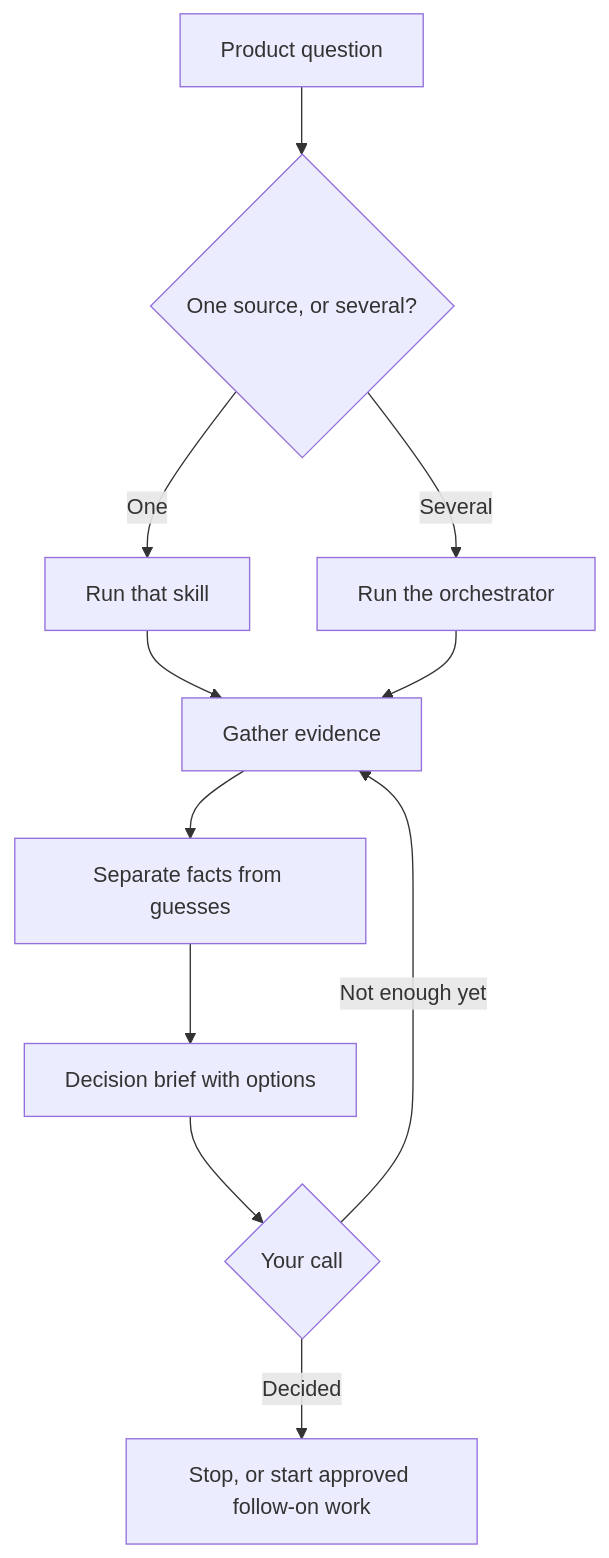
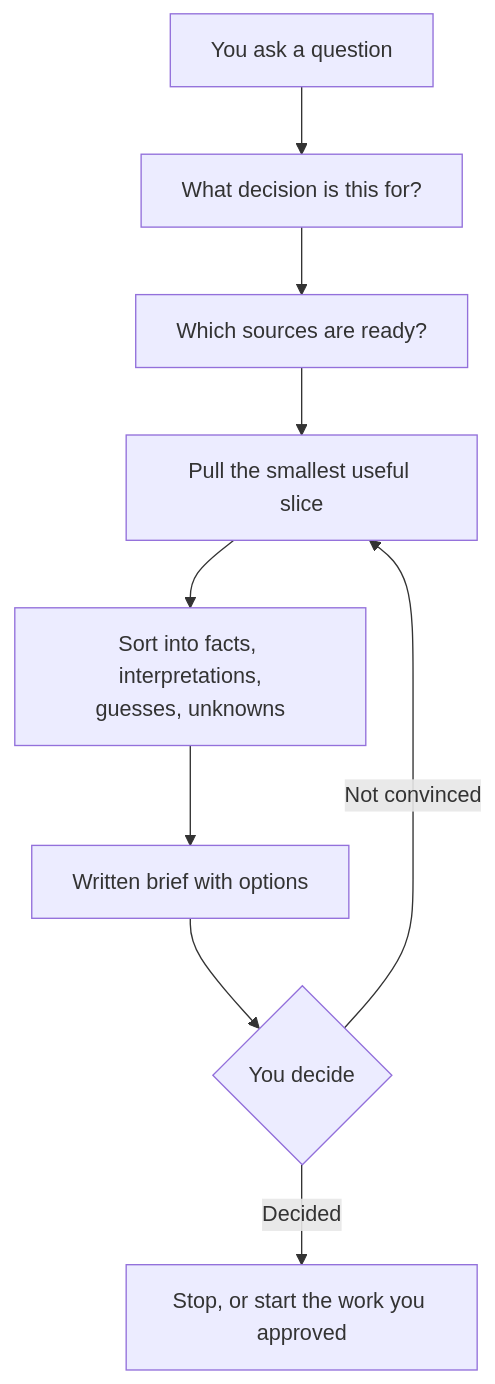
One commit to adhyayanrathi01/product-manager-os changed the second of 5 diagrams in docs/FLOWS.md. Above: the diagram before and after it, drawn with Mermaid. The commit also changed other lines of this file and 2 other files, not shown here.

First line of the commit message:
Rewrite FLOWS.md for the person using it, not reading it

````diff
--- a/docs/FLOWS.md
+++ b/docs/FLOWS.md
@@ -33,13 +65,11 @@
 ```mermaid
 flowchart TD
-    A[Product question] --> B{One source, or several?}
-    B -->|One| C[Run that skill]
-    B -->|Several| D[Run the orchestrator]
-    C --> E[Gather evidence]
-    D --> E
-    E --> F[Separate facts from guesses]
-    F --> G[Decision brief with options]
-    G --> H{Your call}
-    H -->|Not enough yet| E
-    H -->|Decided| I[Stop, or start approved follow-on work]
+    A["You ask a question"] --> B["What decision is this for?"]
+    B --> C["Which sources are ready?"]
+    C --> D["Pull the smallest useful slice"]
+    D --> E["Sort into facts, interpretations,<br/>guesses, unknowns"]
+    E --> F["Written brief with options"]
+    F --> G{"You decide"}
+    G -->|"Not convinced"| D
+    G -->|"Decided"| H["Stop, or start the work you approved"]
 ```
````
